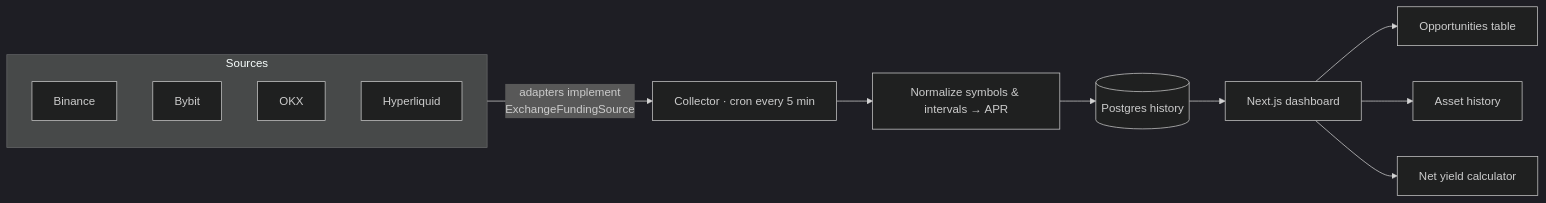
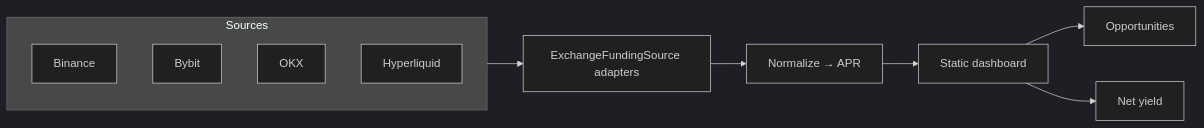
Before and after one commit to osobennyj/warehouse-of-sites: the diagram in projects/things-i-built/content/projects/funding-rate-radar.md, drawn with Mermaid (dark theme). The commit also changed other lines of this file and 8 other files, not shown here.

````diff
--- a/projects/things-i-built/content/projects/funding-rate-radar.md
+++ b/projects/things-i-built/content/projects/funding-rate-radar.md
@@ -39,13 +39,11 @@
 ```mermaid
 flowchart LR
   subgraph Sources
     B[Binance] & Y[Bybit] & O[OKX] & H[Hyperliquid]
   end
-  Sources -->|adapters implement<br/>ExchangeFundingSource| C[Collector · cron every 5 min]
-  C --> N[Normalize symbols & intervals → APR]
-  N --> DB[(Postgres history)]
-  DB --> UI[Next.js dashboard]
-  UI --> T[Opportunities table]
-  UI --> A[Asset history]
-  UI --> K[Net yield calculator]
+  Sources --> A[ExchangeFundingSource adapters]
+  A --> N[Normalize → APR]
+  N --> UI[Static dashboard]
+  UI --> T[Opportunities]
+  UI --> K[Net yield]
 ```
````
